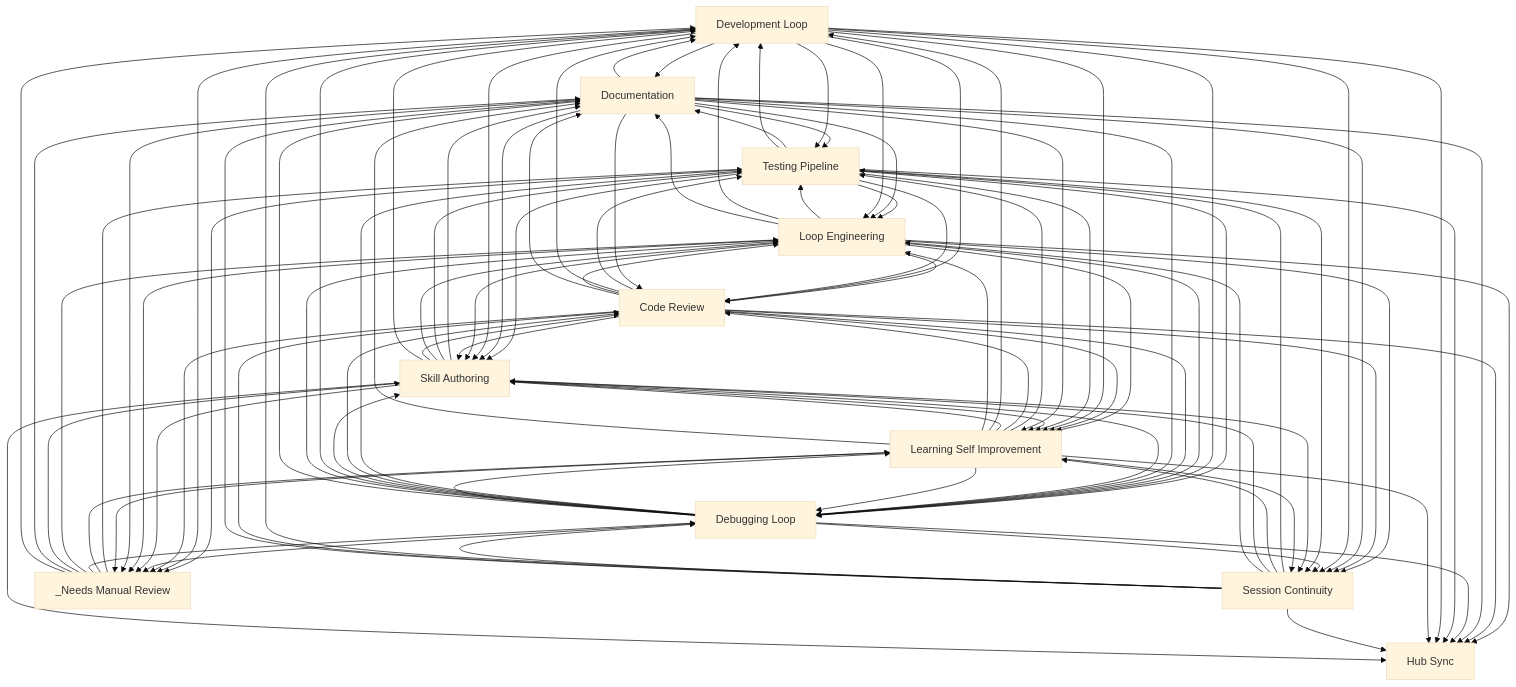
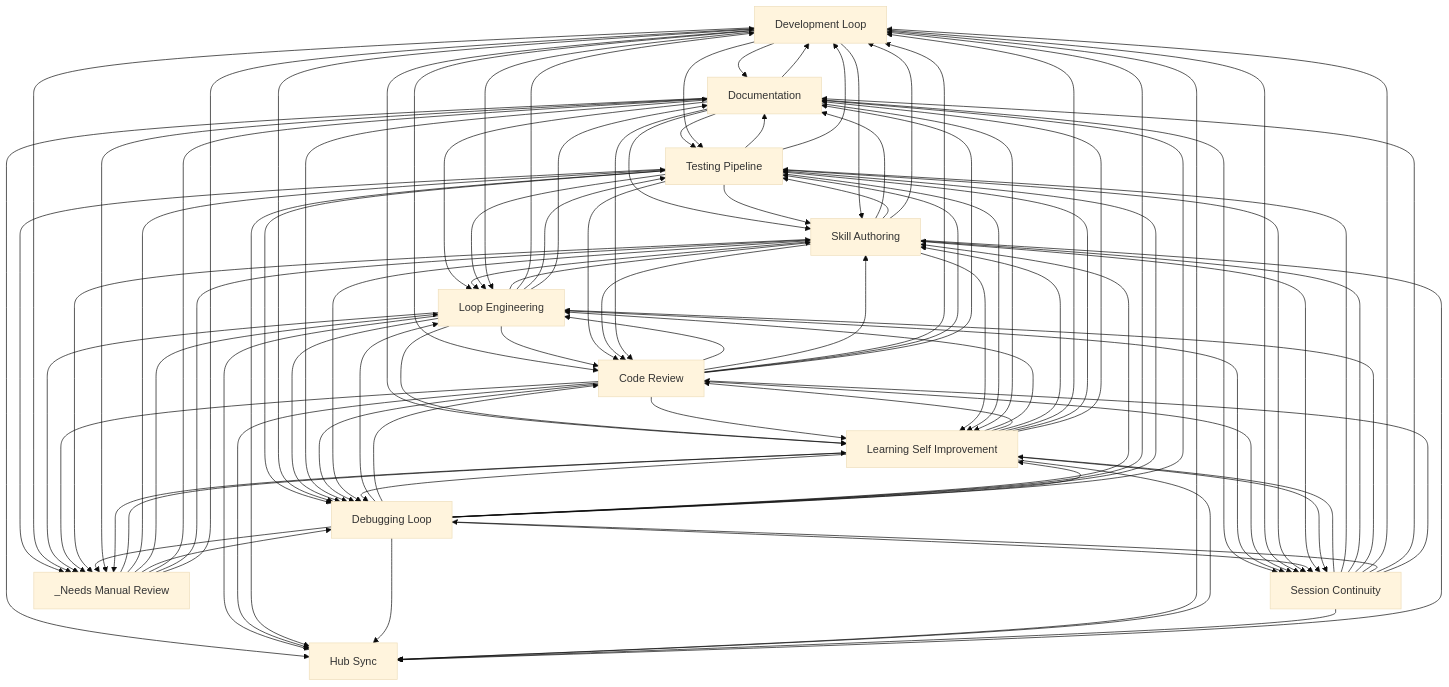
Before and after one commit to abhayla/claude-best-practices: the diagram in docs/workflows/INDEX.md, drawn with Mermaid (base theme). The commit also changed other lines of this file and 13 other files, not shown here.

````diff
--- a/docs/workflows/INDEX.md
+++ b/docs/workflows/INDEX.md
@@ -33,100 +33,100 @@
     documentation[Documentation]
     hub_sync[Hub Sync]
     _needs_manual_review[_Needs Manual Review]
+    skill_authoring --> documentation
     testing_pipeline --> documentation
-    skill_authoring --> documentation
     development_loop --> documentation
-    testing_pipeline --> loop_engineering
-    testing_pipeline --> skill_authoring
+    documentation --> testing_pipeline
+    documentation --> skill_authoring
+    documentation --> loop_engineering
     skill_authoring --> testing_pipeline
     skill_authoring --> loop_engineering
-    documentation --> testing_pipeline
-    documentation --> loop_engineering
-    documentation --> skill_authoring
+    testing_pipeline --> skill_authoring
+    testing_pipeline --> loop_engineering
     development_loop --> testing_pipeline
+    development_loop --> skill_authoring
     development_loop --> loop_engineering
-    development_loop --> skill_authoring
+    development_loop --> code_review
+    loop_engineering --> skill_authoring
+    loop_engineering --> development_loop
     loop_engineering --> testing_pipeline
     loop_engineering --> code_review
-    loop_engineering --> skill_authoring
-    loop_engineering --> development_loop
-    code_review --> testing_pipeline
+    code_review --> loop_engineering
     code_review --> skill_authoring
     code_review --> development_loop
-    code_review --> loop_engineering
-    development_loop --> code_review
+    code_review --> testing_pipeline
+    development_loop --> learning_self_improvement
     loop_engineering --> learning_self_improvement
     code_review --> learning_self_improvement
-    development_loop --> learning_self_improvement
     testing_pipeline --> development_loop
     testing_pipeline --> debugging_loop
     testing_pipeline --> code_review
-    debugging_loop --> testing_pipeline
+    debugging_loop --> loop_engineering
     debugging_loop --> code_review
     debugging_loop --> skill_authoring
     debugging_loop --> development_loop
-    debugging_loop --> loop_engineering
+    debugging_loop --> testing_pipeline
     development_loop --> debugging_loop
     documentation --> development_loop
     loop_engineering --> debugging_loop
     loop_engineering --> documentation
+    skill_authoring --> development_loop
     skill_authoring --> code_review
-    skill_authoring --> development_loop
+    skill_authoring --> learning_self_improvement
     testing_pipeline --> learning_self_improvement
-    skill_authoring --> learning_self_improvement
     testing_pipeline --> _needs_manual_review
     development_loop --> _needs_manual_review
-    code_review --> debugging_loop
     documentation --> code_review
     documentation --> debugging_loop
+    code_review --> debugging_loop
+    documentation --> learning_self_improvement
+    documentation --> hub_sync
+    documentation --> session_continuity
+    loop_engineering --> hub_sync
     loop_engineering --> session_continuity
-    loop_engineering --> hub_sync
+    code_review --> documentation
+    code_review --> hub_sync
     code_review --> session_continuity
-    code_review --> hub_sync
-    code_review --> documentation
-    documentation --> learning_self_improvement
-    documentation --> session_continuity
-    documentation --> hub_sync
+    development_loop --> session_continuity
+    session_continuity --> learning_self_improvement
     session_continuity --> testing_pipeline
-    session_continuity --> learning_self_improvement
-    development_loop --> session_continuity
+    _needs_manual_review --> learning_self_improvement
     _needs_manual_review --> testing_pipeline
-    _needs_manual_review --> learning_self_improvement
+    testing_pipeline --> session_continuity
     debugging_loop --> learning_self_improvement
     debugging_loop --> session_continuity
-    testing_pipeline --> session_continuity
+    testing_pipeline --> hub_sync
+    debugging_loop --> documentation
     debugging_loop --> hub_sync
-    debugging_loop --> documentation
-    testing_pipeline --> hub_sync
     development_loop --> hub_sync
     skill_authoring --> session_continuity
     skill_authoring --> debugging_loop
+    _needs_manual_review --> loop_engineering
     _needs_manual_review --> debugging_loop
-    _needs_manual_review --> loop_engineering
-    learning_self_improvement --> testing_pipeline
+    learning_self_improvement --> loop_engineering
     learning_self_improvement --> code_review
-    learning_self_improvement --> debugging_loop
     learning_self_improvement --> skill_authoring
     learning_self_improvement --> development_loop
-    learning_self_improvement --> loop_engineering
+    learning_self_improvement --> testing_pipeline
+    learning_self_improvement --> debugging_loop
+    loop_engineering --> _needs_manual_review
     code_review --> _needs_manual_review
+    skill_authoring --> _needs_manual_review
     debugging_loop --> _needs_manual_review
-    skill_authoring --> _needs_manual_review
-    loop_engineering --> _needs_manual_review
+    _needs_manual_review --> documentation
     _needs_manual_review --> skill_authoring
-    _needs_manual_review --> documentation
     _needs_manual_review --> development_loop
     learning_self_improvement --> session_continuity
     documentation --> _needs_manual_review
     session_continuity --> skill_authoring
     session_continuity --> loop_engineering
+    learning_self_improvement --> documentation
     learning_self_improvement --> hub_sync
-    learning_self_improvement --> documentation
     session_continuity --> development_loop
     session_continuity --> debugging_loop
+    session_continuity --> documentation
     session_continuity --> code_review
     session_continuity --> hub_sync
-    session_continuity --> documentation
     skill_authoring --> hub_sync
     learning_self_improvement --> _needs_manual_review
 ```
````
